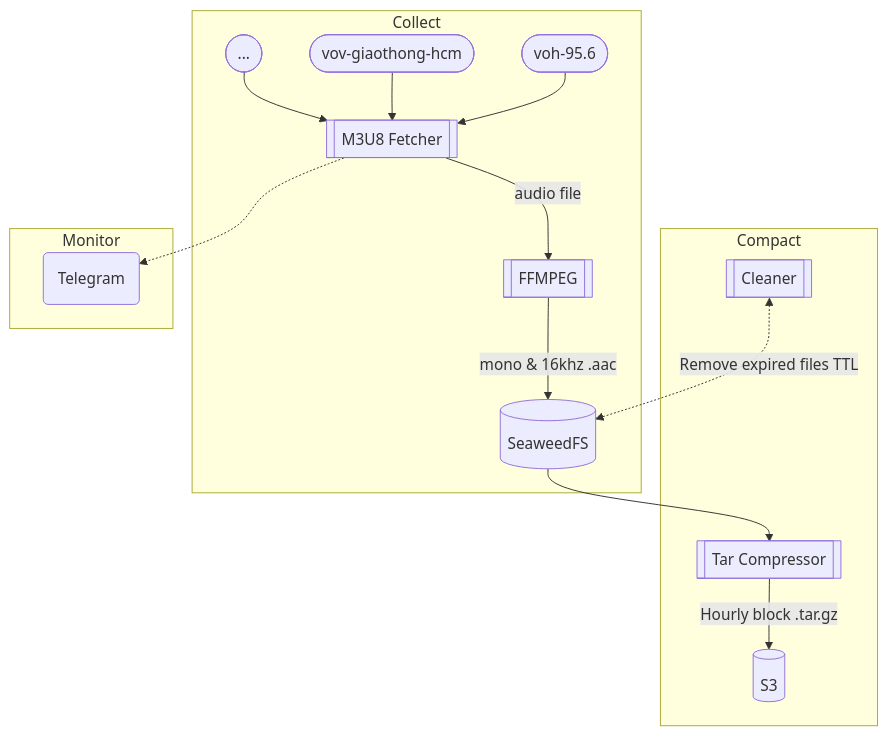
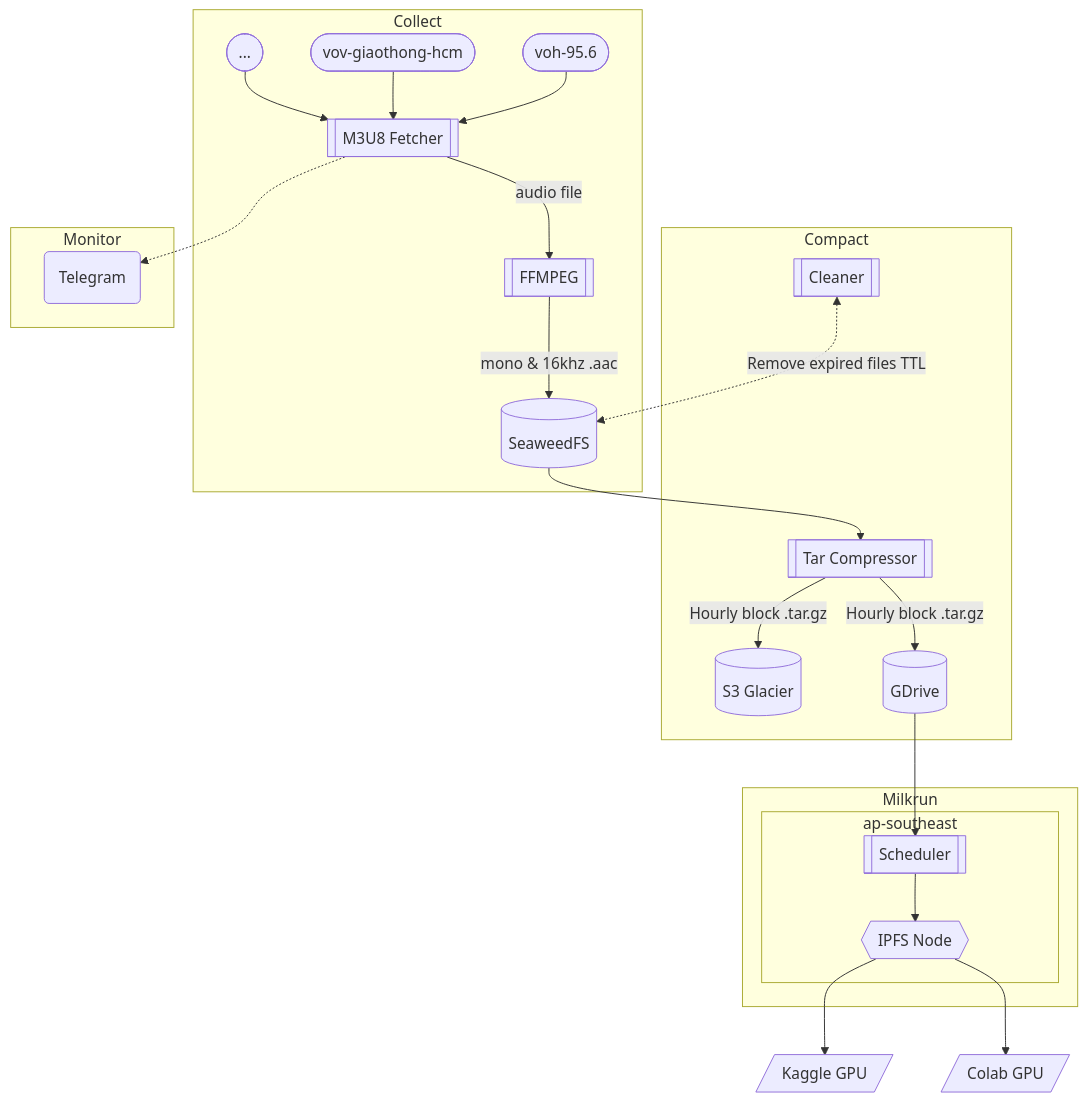
Before and after one commit to grokking-vietnam/fuzzy: the diagram in README.md, drawn with Mermaid.

Commit message:
chore: add Milkrun diagram

````diff
--- a/README.md
+++ b/README.md
@@ -11,35 +11,54 @@
 ```mermaid
 flowchart TD
     subgraph Collect
         src_1([voh-95.6])
         src_2([vov-giaothong-hcm])
         src_3([...])
 
         fs_1[(SeaweedFS)]
 
         compute_1[[M3U8 Fetcher]]
         compute_2[[FFMPEG]]
 
         src_1-->compute_1
         src_2-->compute_1
         src_3-->compute_1
         compute_1-->|audio file|compute_2
         compute_2-->|mono & 16khz .aac|fs_1
     end
 
     subgraph Compact
-    fs_2[(S3)]
+    fs_2[(S3 Glacier)]
+    fs_3[(GDrive)]
 
     compute_3[[Tar Compressor]]
     compute_4[[Cleaner]]
 
     fs_1-->compute_3
     compute_3-->|Hourly block .tar.gz|fs_2
     compute_4<-.->|Remove expired files TTL|fs_1
+    compute_3-->|Hourly block .tar.gz|fs_3
     end
 
     subgraph Monitor
     alert(Telegram)
     compute_1-.->alert
     end
+
+    subgraph Milkrun
+        subgraph ap-southeast
+            compute_5[[Scheduler]]
+
+            ipfs_1{{IPFS Node}}
+
+            fs_3-->compute_5
+            compute_5-->ipfs_1
+        end
+    end
+
+    consumer_1[/Kaggle GPU/]
+    consumer_2[/Colab GPU/]
+
+    ipfs_1-->consumer_1
+    ipfs_1-->consumer_2
 ```
````
